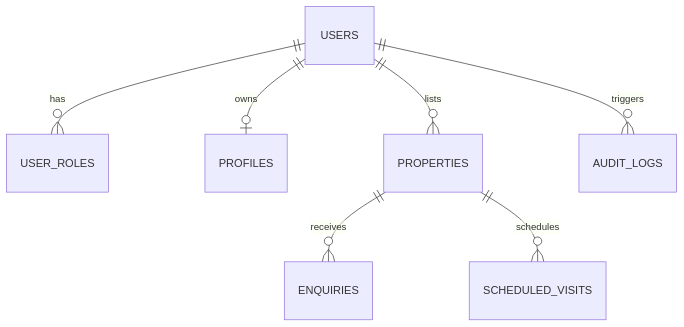
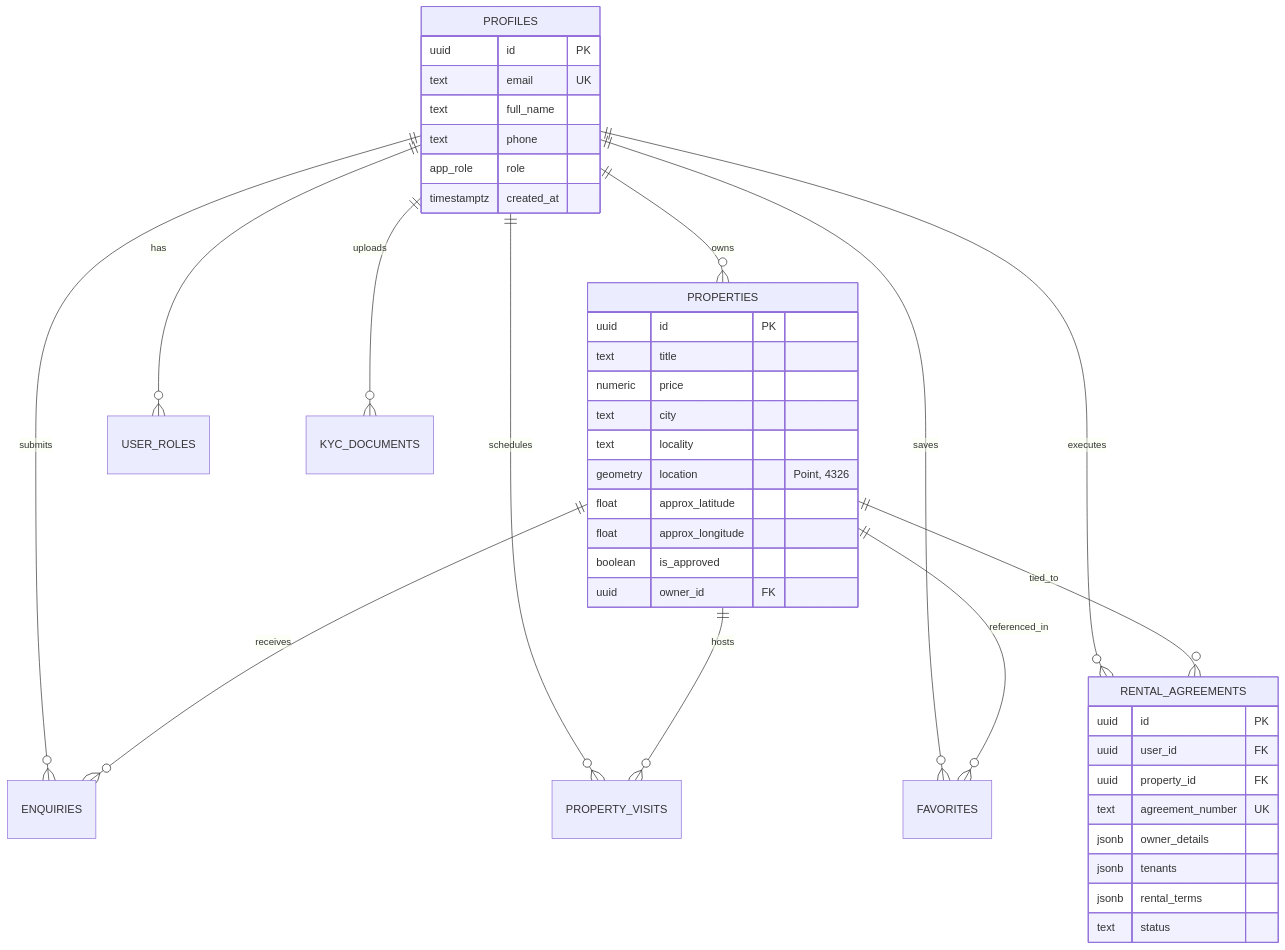
One commit to Bajiyadav/property-pioneer-dev changed the first of 2 diagrams in README.md. Above: the diagram before and after it, drawn with Mermaid. The commit also changed other lines of this file, not shown here.

````diff
--- a/README.md
+++ b/README.md
@@ -254,9 +249,47 @@
 ```mermaid
 erDiagram
-    USERS ||--o{ USER_ROLES : has
-    USERS ||--o| PROFILES : owns
-    USERS ||--o{ PROPERTIES : lists
-    PROPERTIES ||--o{ ENQUIRIES : receives
-    PROPERTIES ||--o{ SCHEDULED_VISITS : schedules
-    USERS ||--o{ AUDIT_LOGS : triggers
+    PROFILES ||--o{ PROPERTIES : "owns"
+    PROFILES ||--o{ USER_ROLES : "has"
+    PROFILES ||--o{ ENQUIRIES : "submits"
+    PROFILES ||--o{ PROPERTY_VISITS : "schedules"
+    PROFILES ||--o{ FAVORITES : "saves"
+    PROFILES ||--o{ RENTAL_AGREEMENTS : "executes"
+    PROFILES ||--o{ KYC_DOCUMENTS : "uploads"
+    PROPERTIES ||--o{ ENQUIRIES : "receives"
+    PROPERTIES ||--o{ PROPERTY_VISITS : "hosts"
+    PROPERTIES ||--o{ FAVORITES : "referenced_in"
+    PROPERTIES ||--o{ RENTAL_AGREEMENTS : "tied_to"
+
+    PROFILES {
+        uuid id PK
+        text email UK
+        text full_name
+        text phone
+        app_role role
+        timestamptz created_at
+    }
+
+    PROPERTIES {
+        uuid id PK
+        text title
+        numeric price
+        text city
+        text locality
+        geometry location "Point, 4326"
+        float approx_latitude
+        float approx_longitude
+        boolean is_approved
+        uuid owner_id FK
+    }
+
+    RENTAL_AGREEMENTS {
+        uuid id PK
+        uuid user_id FK
+        uuid property_id FK
+        text agreement_number UK
+        jsonb owner_details
+        jsonb tenants
+        jsonb rental_terms
+        text status
+    }
 ```
````
